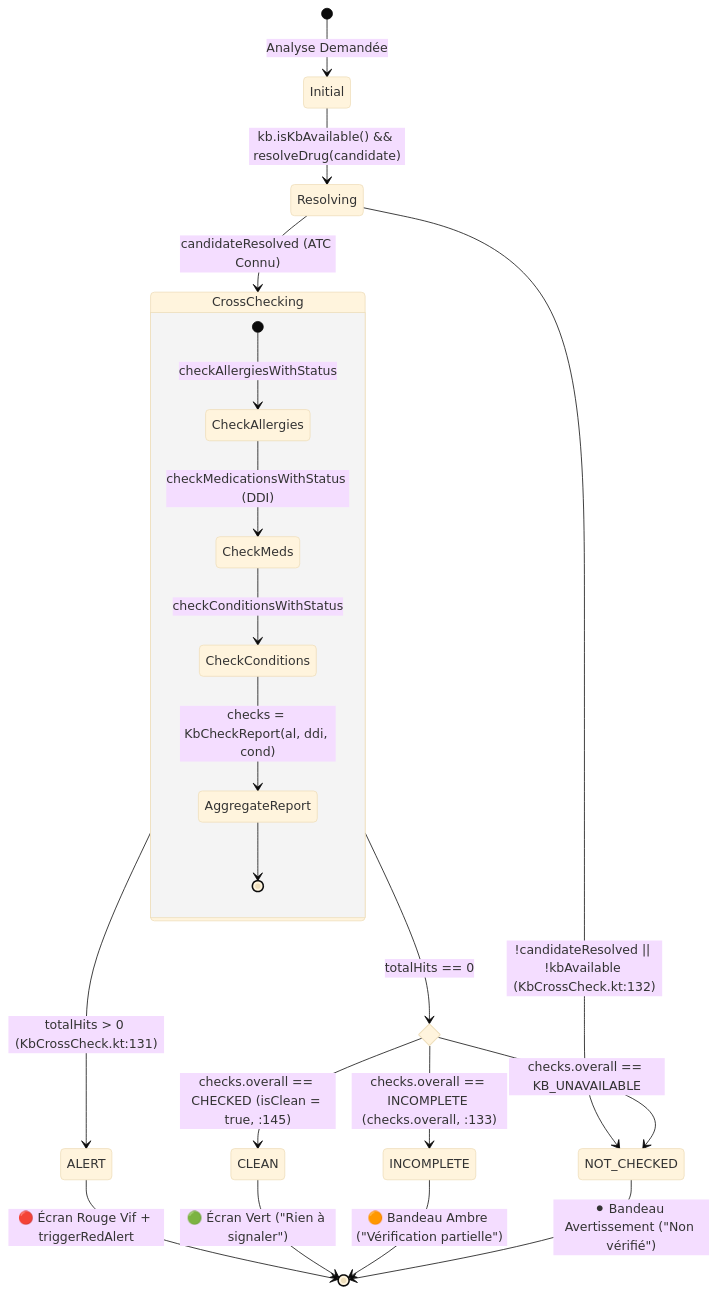
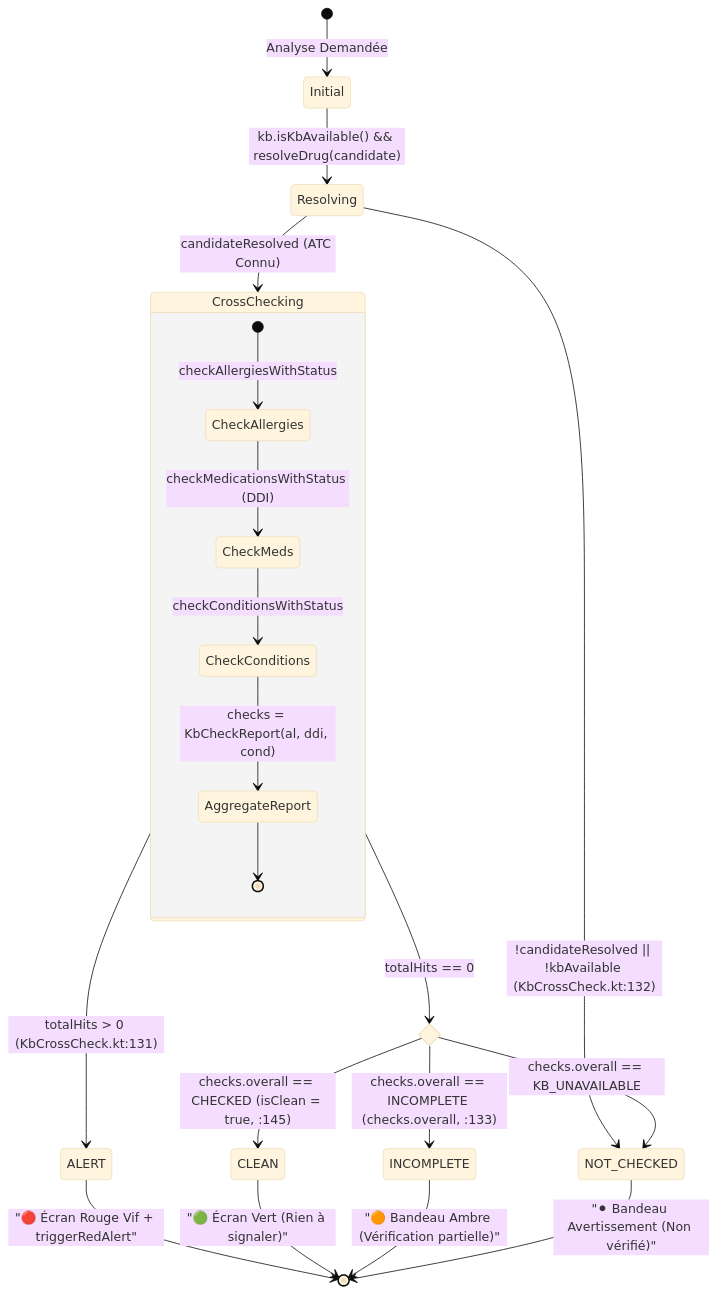
Before and after one commit to kurodohenroonsen/JemmaPass: the tenth of 21 diagrams in docs/DOCUMENTATION_UML_FONCTIONNELLE.md, drawn with Mermaid (base theme). The commit also changed other lines of this file and 1 other file, not shown here.

````diff
--- a/docs/DOCUMENTATION_UML_FONCTIONNELLE.md
+++ b/docs/DOCUMENTATION_UML_FONCTIONNELLE.md
@@ -538,30 +545,30 @@
 ```mermaid
 stateDiagram-v2
     [*] --> Initial : Analyse Demandée
 
     Initial --> Resolving : kb.isKbAvailable() && resolveDrug(candidate)
     Resolving --> NOT_CHECKED : !candidateResolved || !kbAvailable (KbCrossCheck.kt:132)
     Resolving --> CrossChecking : candidateResolved (ATC Connu)
 
     state CrossChecking {
         [*] --> CheckAllergies : checkAllergiesWithStatus
         CheckAllergies --> CheckMeds : checkMedicationsWithStatus (DDI)
         CheckMeds --> CheckConditions : checkConditionsWithStatus
         CheckConditions --> AggregateReport : checks = KbCheckReport(al, ddi, cond)
         AggregateReport --> [*]
     }
 
     CrossChecking --> ALERT : totalHits > 0 (KbCrossCheck.kt:131)
     
     state EvaluateClean <<choice>>
     CrossChecking --> EvaluateClean : totalHits == 0
 
     EvaluateClean --> CLEAN : checks.overall == CHECKED (isClean = true, :145)
     EvaluateClean --> INCOMPLETE : checks.overall == INCOMPLETE (checks.overall, :133)
     EvaluateClean --> NOT_CHECKED : checks.overall == KB_UNAVAILABLE
 
-    ALERT --> [*] : 🔴 Écran Rouge Vif + triggerRedAlert
-    CLEAN --> [*] : 🟢 Écran Vert ("Rien à signaler")
-    INCOMPLETE --> [*] : 🟠 Bandeau Ambre ("Vérification partielle")
-    NOT_CHECKED --> [*] : ⚫ Bandeau Avertissement ("Non vérifié")
+    ALERT --> [*] : "🔴 Écran Rouge Vif + triggerRedAlert"
+    CLEAN --> [*] : "🟢 Écran Vert (Rien à signaler)"
+    INCOMPLETE --> [*] : "🟠 Bandeau Ambre (Vérification partielle)"
+    NOT_CHECKED --> [*] : "⚫ Bandeau Avertissement (Non vérifié)"
 ```
````
